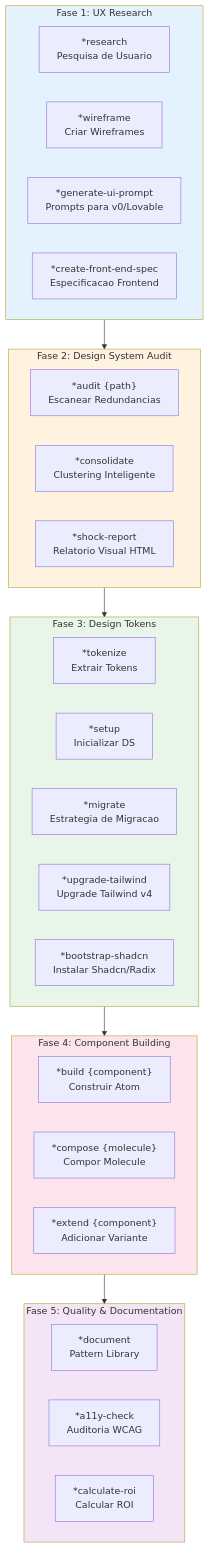
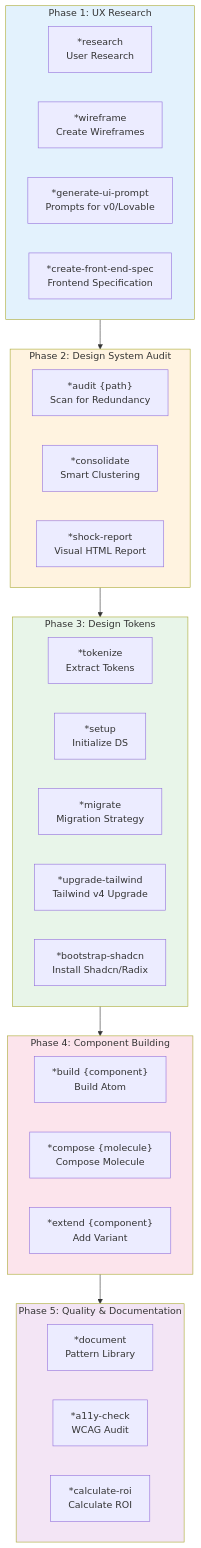
Before and after one commit to CyryxLabs/AEXOS: the first of 7 diagrams in docs/guides/agents/UX-DESIGN-EXPERT-SYSTEM.md, drawn with Mermaid. The commit also changed other lines of this file and 528 other files, not shown here.

````diff
--- a/docs/guides/agents/UX-DESIGN-EXPERT-SYSTEM.md
+++ b/docs/guides/agents/UX-DESIGN-EXPERT-SYSTEM.md
@@ -35,46 +35,46 @@
 ```mermaid
 flowchart TB
-    subgraph PHASE1["Fase 1: UX Research"]
-        R1["*research<br/>Pesquisa de Usuario"]
-        R2["*wireframe<br/>Criar Wireframes"]
-        R3["*generate-ui-prompt<br/>Prompts para v0/Lovable"]
-        R4["*create-front-end-spec<br/>Especificacao Frontend"]
+    subgraph PHASE1["Phase 1: UX Research"]
+        R1["*research<br/>User Research"]
+        R2["*wireframe<br/>Create Wireframes"]
+        R3["*generate-ui-prompt<br/>Prompts for v0/Lovable"]
+        R4["*create-front-end-spec<br/>Frontend Specification"]
     end
 
-    subgraph PHASE2["Fase 2: Design System Audit"]
-        A1["*audit {path}<br/>Escanear Redundancias"]
-        A2["*consolidate<br/>Clustering Inteligente"]
-        A3["*shock-report<br/>Relatorio Visual HTML"]
+    subgraph PHASE2["Phase 2: Design System Audit"]
+        A1["*audit {path}<br/>Scan for Redundancy"]
+        A2["*consolidate<br/>Smart Clustering"]
+        A3["*shock-report<br/>Visual HTML Report"]
     end
 
-    subgraph PHASE3["Fase 3: Design Tokens"]
-        T1["*tokenize<br/>Extrair Tokens"]
-        T2["*setup<br/>Inicializar DS"]
-        T3["*migrate<br/>Estrategia de Migracao"]
-        T4["*upgrade-tailwind<br/>Upgrade Tailwind v4"]
-        T5["*bootstrap-shadcn<br/>Instalar Shadcn/Radix"]
+    subgraph PHASE3["Phase 3: Design Tokens"]
+        T1["*tokenize<br/>Extract Tokens"]
+        T2["*setup<br/>Initialize DS"]
+        T3["*migrate<br/>Migration Strategy"]
+        T4["*upgrade-tailwind<br/>Tailwind v4 Upgrade"]
+        T5["*bootstrap-shadcn<br/>Install Shadcn/Radix"]
     end
 
-    subgraph PHASE4["Fase 4: Component Building"]
-        B1["*build {component}<br/>Construir Atom"]
-        B2["*compose {molecule}<br/>Compor Molecule"]
-        B3["*extend {component}<br/>Adicionar Variante"]
+    subgraph PHASE4["Phase 4: Component Building"]
+        B1["*build {component}<br/>Build Atom"]
+        B2["*compose {molecule}<br/>Compose Molecule"]
+        B3["*extend {component}<br/>Add Variant"]
     end
 
-    subgraph PHASE5["Fase 5: Quality & Documentation"]
+    subgraph PHASE5["Phase 5: Quality & Documentation"]
         Q1["*document<br/>Pattern Library"]
-        Q2["*a11y-check<br/>Auditoria WCAG"]
-        Q3["*calculate-roi<br/>Calcular ROI"]
+        Q2["*a11y-check<br/>WCAG Audit"]
+        Q3["*calculate-roi<br/>Calculate ROI"]
     end
 
     PHASE1 --> PHASE2
     PHASE2 --> PHASE3
     PHASE3 --> PHASE4
     PHASE4 --> PHASE5
 
     style PHASE1 fill:#e3f2fd
     style PHASE2 fill:#fff3e0
     style PHASE3 fill:#e8f5e9
     style PHASE4 fill:#fce4ec
     style PHASE5 fill:#f3e5f5
 ```
````
